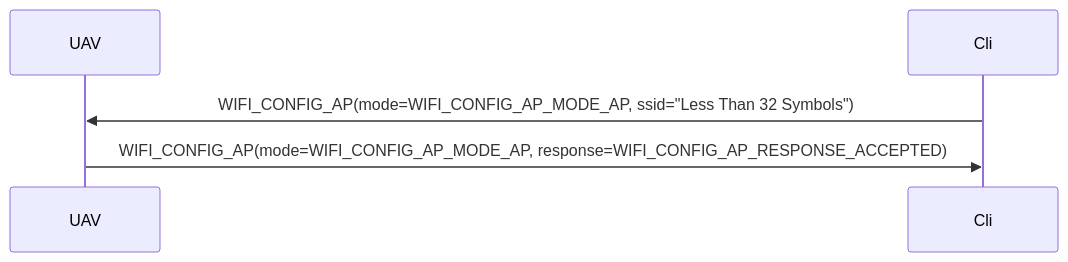
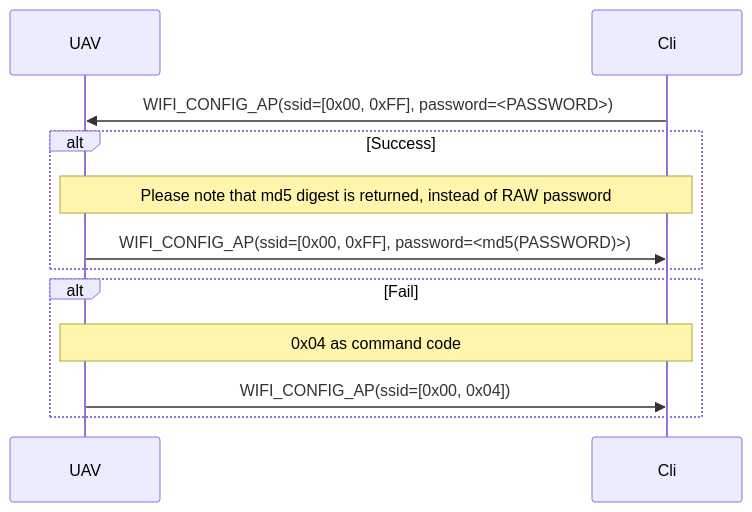
The fourth of 4 diagrams in pioneer_sdk/mavsub/README.md (geoscan/pioneer_sdk), drawn with Mermaid before and after one commit. The commit also changed other lines of this file, not shown here.

`````diff
--- a/pioneer_sdk/mavsub/README.md
+++ b/pioneer_sdk/mavsub/README.md
@@ -79,7 +110,16 @@
 ```mermaid
 sequenceDiagram
 	participant UAV
 	participant Cli
-	Cli ->> UAV: WIFI_CONFIG_AP(mode=WIFI_CONFIG_AP_MODE_AP, ssid="Less Than 32 Symbols")
-	UAV ->> Cli: WIFI_CONFIG_AP(mode=WIFI_CONFIG_AP_MODE_AP, response=WIFI_CONFIG_AP_RESPONSE_ACCEPTED)
-````
+	Cli ->> UAV: WIFI_CONFIG_AP(ssid=[0x00, 0xFF], password=<PASSWORD>)
+
+	alt Success
+		note over UAV, Cli: Please note that md5 digest is returned, instead of RAW password
+		UAV ->> Cli: WIFI_CONFIG_AP(ssid=[0x00, 0xFF], password=<md5(PASSWORD)>)
+	end
+
+	alt Fail
+		note over Cli, UAV: 0x04 as command code
+		UAV ->> Cli: WIFI_CONFIG_AP(ssid=[0x00, 0x04])
+	end
+```
`````
